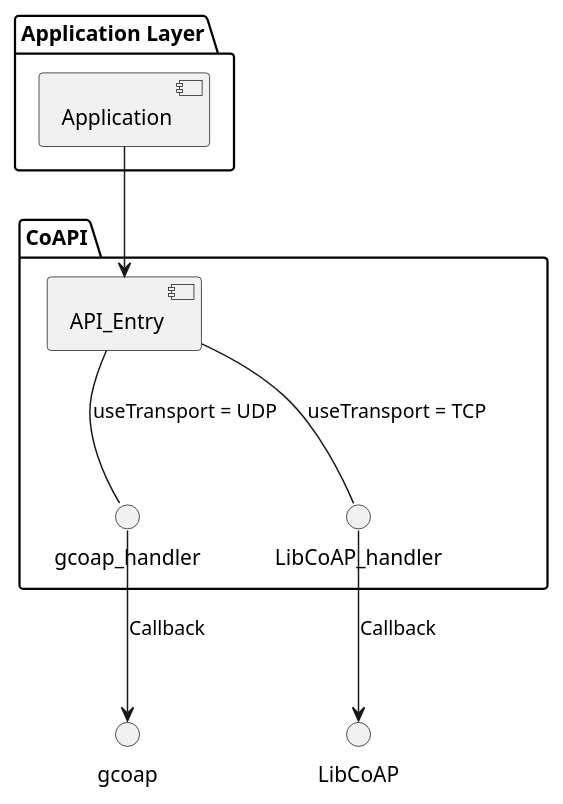
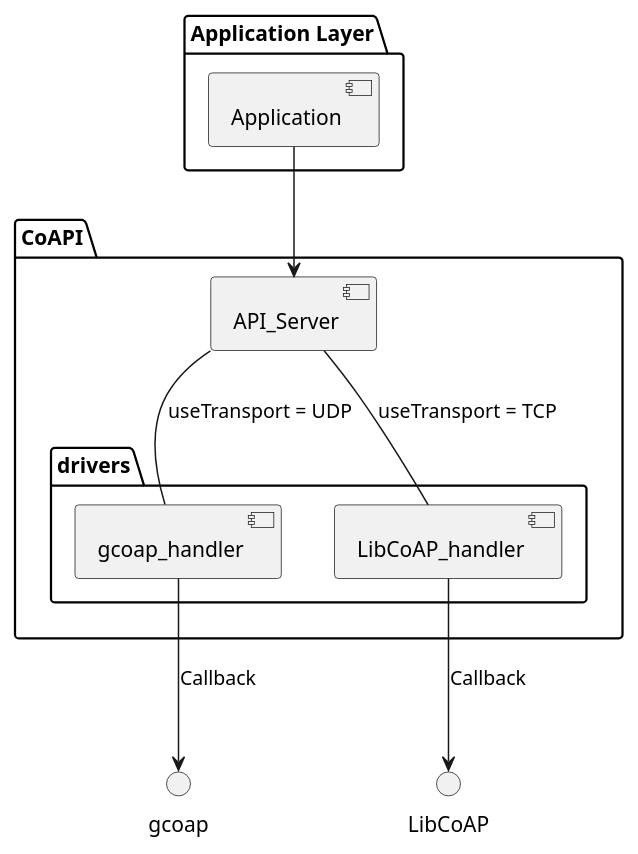
One commit to triess/CARO changed the diagram in Documentation/structure.plantuml. Above: the diagram before and after it, drawn with PlantUML. The commit also changed 1 other file, not shown here.

```diff
--- a/Documentation/structure.plantuml
+++ b/Documentation/structure.plantuml
@@ -1,16 +1,21 @@
 @startuml
 package "Application Layer"{
     [Application]
 }
 
 package "CoAPI"{
-    [API_Entry]
-    gcoap_handler -up- [API_Entry]:useTransport = UDP
-    LibCoAP_handler -up- [API_Entry]:useTransport = TCP
+    [API_Server]
+
+    package "drivers"{
+        [gcoap_handler]
+        [LibCoAP_handler]
+    }
+    gcoap_handler -up- [API_Server]:useTransport = UDP
+    LibCoAP_handler -up- [API_Server]:useTransport = TCP
 }
 
 LibCoAP_handler -down-> LibCoAP: Callback
 gcoap_handler -down-> gcoap: Callback
 
-Application -down-> API_Entry
+Application -down-> API_Server
 @enduml
```
